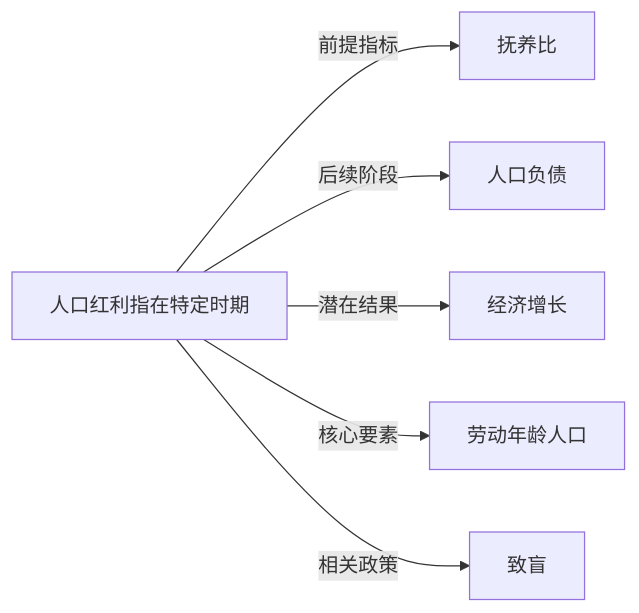
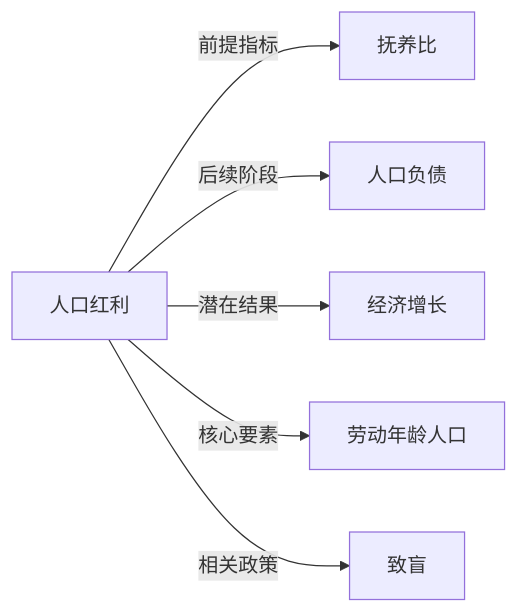
Before and after one commit to KIMMCHOW/MyKnowledge: the diagram in Knowledge/Concepts/经济/人口红利.md, drawn with Mermaid. The commit also changed 96 other files, not shown here.

Commit message:
fix: 修复概念页关系图节点并补齐缺失关联

````diff
--- a/Knowledge/Concepts/经济/人口红利.md
+++ b/Knowledge/Concepts/经济/人口红利.md
@@ -46,8 +46,8 @@
 ```mermaid
 graph LR
-    人口红利指在特定时期 -->|前提指标| 抚养比
-    人口红利指在特定时期 -->|后续阶段| 人口负债
-    人口红利指在特定时期 -->|潜在结果| 经济增长
-    人口红利指在特定时期 -->|核心要素| 劳动年龄人口
-    人口红利指在特定时期 -->|相关政策| 致盲
+人口红利 -->|前提指标| 抚养比
+人口红利 -->|后续阶段| 人口负债
+人口红利 -->|潜在结果| 经济增长
+人口红利 -->|核心要素| 劳动年龄人口
+人口红利 -->|相关政策| 致盲
 ```
````
